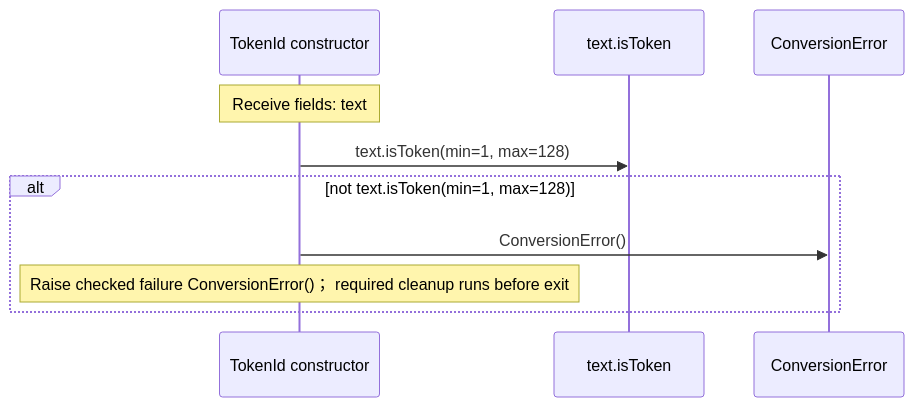
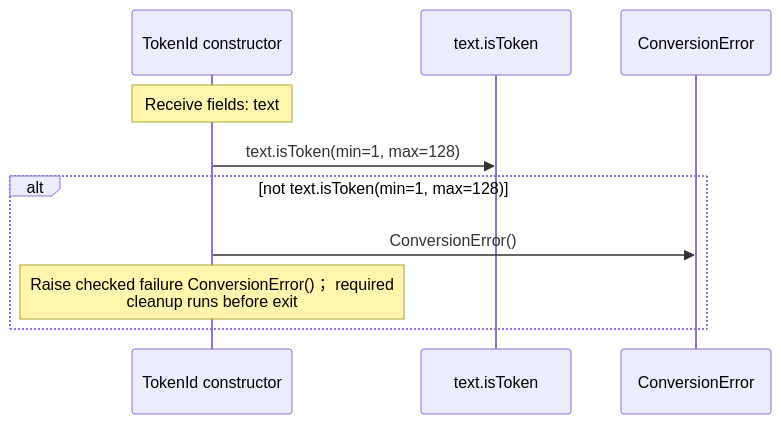
Before and after one commit to GreenPandaStudios/augscript: the second of 5 diagrams in src/stdlib/values/text.aug.diagrams.md, drawn with Mermaid. The commit also changed other lines of this file and 200 other files, not shown here.

Commit message:
Group imported operations and wrap readable sequence messages

````diff
--- a/src/stdlib/values/text.aug.diagrams.md
+++ b/src/stdlib/values/text.aug.diagrams.md
@@ -33,12 +33,12 @@
 ```mermaid
 sequenceDiagram
     participant p0 as TokenId constructor
     participant p1 as text.isToken
     participant p2 as ConversionError
     Note over p0: Receive fields: text
     p0->>p1: text.isToken(min=1, max=128)
     alt not text.isToken(min=1, max=128)
     p0->>p2: ConversionError()
-    Note over p0: Raise checked failure ConversionError()； required cleanup runs before exit
+    Note over p0: Raise checked failure ConversionError()； required<br/>cleanup runs before exit
     end
 ```
````
